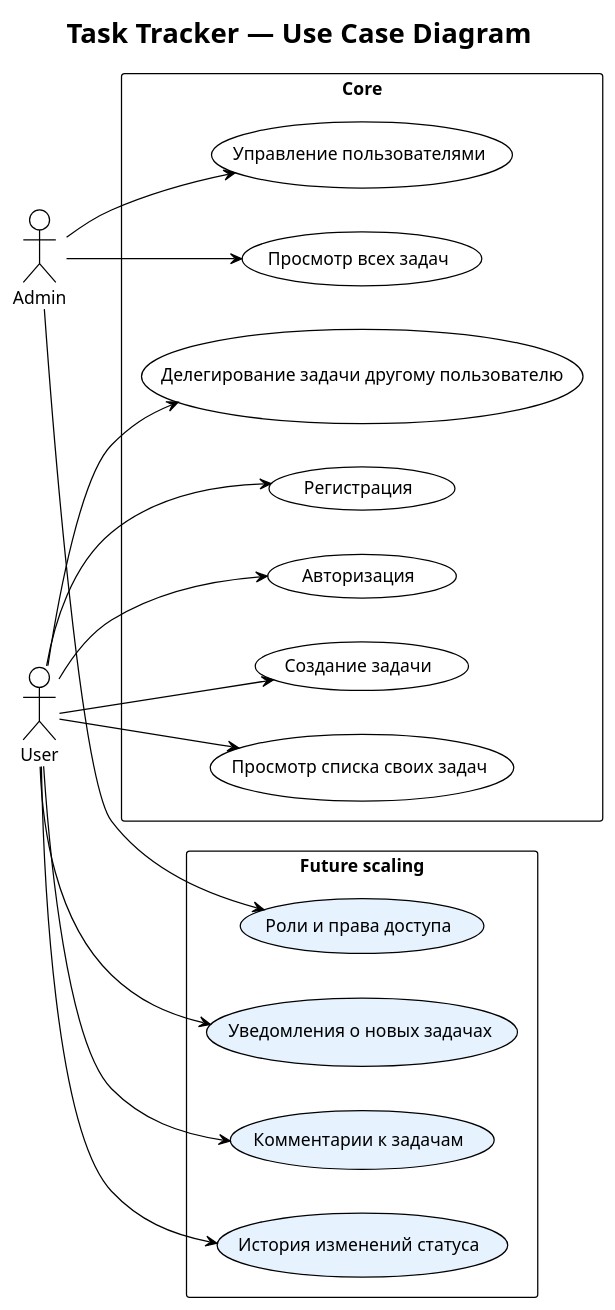
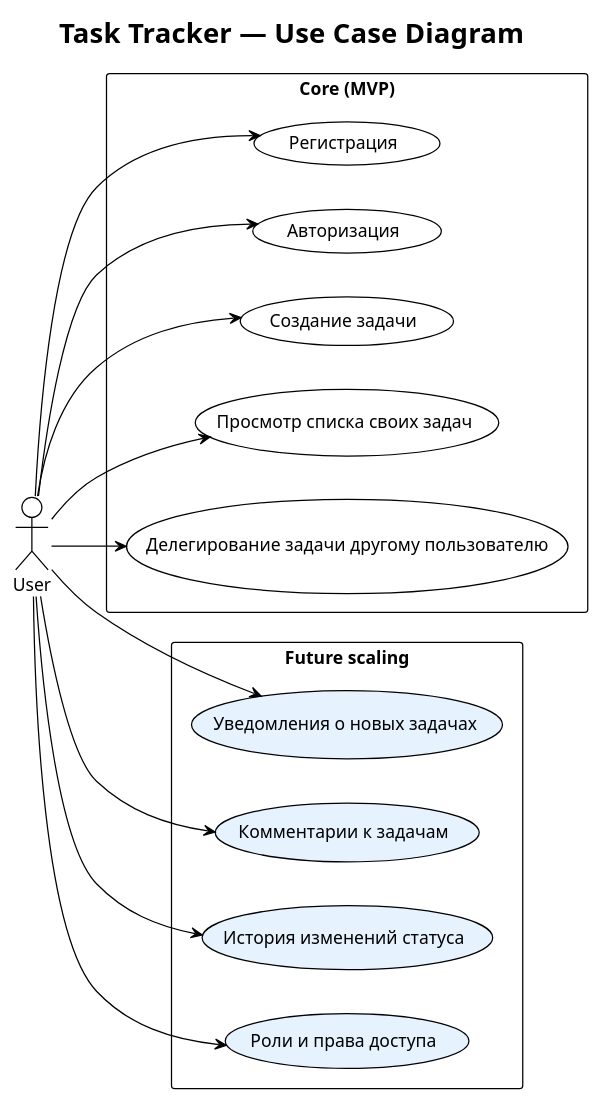
One commit to AnastasiaSurzhikowa/task-tracker-monorepo changed the diagram in docs/task-tracker-usecase.puml. Above: the diagram before and after it, drawn with PlantUML. The commit also changed 1 other file, not shown here.

Commit message:
docs: remove redundant User actor from use case diagram per review

```diff
--- a/docs/task-tracker-usecase.puml
+++ b/docs/task-tracker-usecase.puml
@@ -1,33 +1,30 @@
 @startuml
 !theme plain
 
 title Task Tracker — Use Case Diagram
 
 left to right direction
 
 actor "User" as User
-actor "Admin" as Admin
 
-rectangle "Core" {
+rectangle "Core (MVP)" {
   User --> (Регистрация)
   User --> (Авторизация)
   User --> (Создание задачи)
   User --> (Просмотр списка своих задач)
   User --> (Делегирование задачи другому пользователю)
-  Admin --> (Просмотр всех задач)
-  Admin --> (Управление пользователями)
 }
 
 rectangle "Future scaling" {
   (Уведомления о новых задачах) #E6F3FF
   (Комментарии к задачам) #E6F3FF
   (История изменений статуса) #E6F3FF
   (Роли и права доступа) #E6F3FF
 }
 
 User --> (Уведомления о новых задачах)
 User --> (Комментарии к задачам)
 User --> (История изменений статуса)
-Admin --> (Роли и права доступа)
+User --> (Роли и права доступа)
 
 @enduml
```
